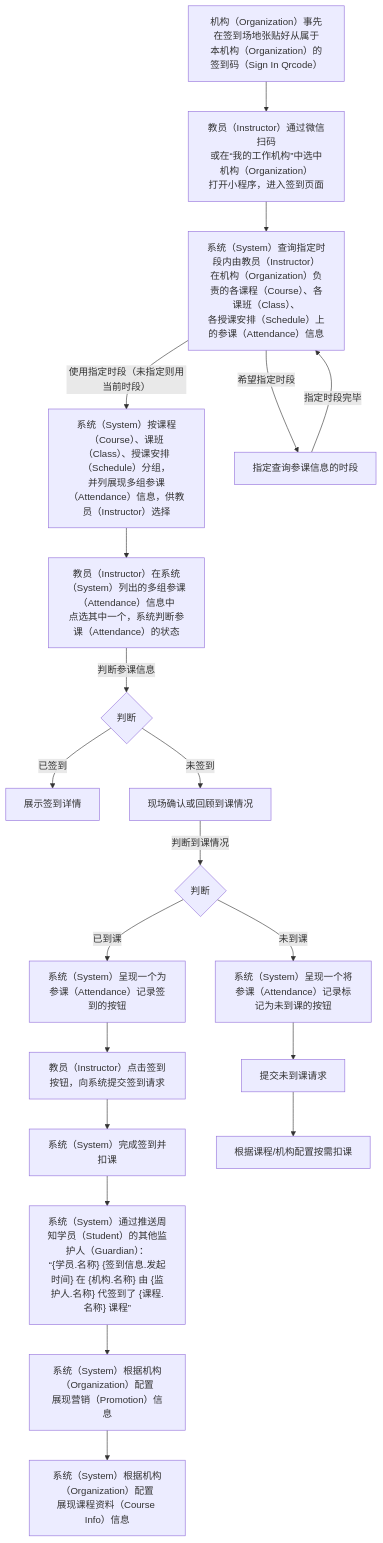
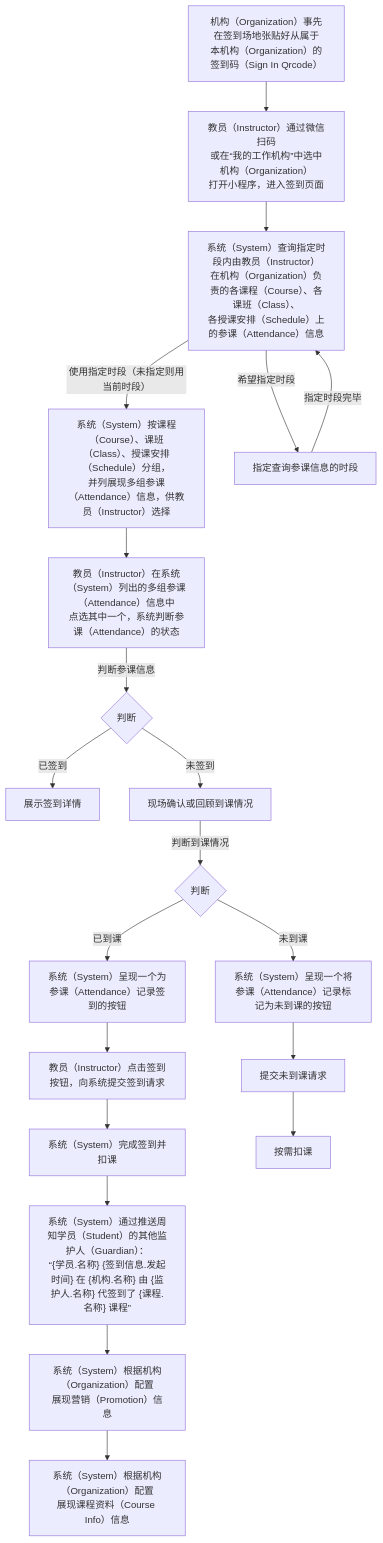
One commit to world-wide-web/sign changed the third of 3 diagrams in 用例/签到.md. Above: the diagram before and after it, drawn with Mermaid. The commit also changed other lines of this file, not shown here.

````diff
--- a/用例/签到.md
+++ b/用例/签到.md
@@ -82,53 +82,53 @@
 ```mermaid
 graph TD
 
 准备签到码-->扫描签到码
 扫描签到码-->列出负责的授课单元
 列出负责的授课单元--"使用指定时段（未指定则用当前时段）"-->展现授课单元下的参课信息
 列出负责的授课单元--希望指定时段-->指定查询参课信息的时段
 指定查询参课信息的时段--指定时段完毕-->列出负责的授课单元
 展现授课单元下的参课信息-->选择参课信息
 选择参课信息--判断参课信息-->判断参课信息
 判断参课信息--已签到-->展示签到详情
 判断参课信息--未签到-->现场确认或回顾到课情况
 现场确认或回顾到课情况--判断到课情况-->判断到课情况
 判断到课情况--已到课-->呈现签到按钮
 呈现签到按钮-->提交签到请求
 提交签到请求-->签到扣课
 签到扣课-->周知签到情况
 周知签到情况-->展示营销信息
 展示营销信息-->展示课程资料
 判断到课情况--未到课-->呈现未到课按钮
 呈现未到课按钮-->提交未到课请求
-提交未到课请求-->根据课程/机构配置按需扣课
+提交未到课请求-->按需扣课
 
 准备签到码["<center>机构（Organization）事先在签到场地张贴好从属于<br>本机构（Organization）的签到码（Sign In Qrcode）</center>"]
 
 扫描签到码["<center>教员（Instructor）通过微信扫码<br>或在“我的工作机构”中选中机构（Organization）<br>打开小程序，进入签到页面</center>"]
 
 列出负责的授课单元["<center>系统（System）查询指定时段内由教员（Instructor）<br>在机构（Organization）负责的各课程（Course）、各课班（Class）、<br>各授课安排（Schedule）上的参课（Attendance）信息"]
 
 指定查询参课信息的时段
 
 展现授课单元下的参课信息["<center>系统（System）按课程（Course）、课班（Class）、授课安排（Schedule）分组，<br>并列展现多组参课（Attendance）信息，供教员（Instructor）选择</center>"]
 
 选择参课信息["<center>教员（Instructor）在系统（System）列出的多组参课（Attendance）信息中<br>点选其中一个，系统判断参课（Attendance）的状态</center>"]
 
 判断参课信息{"<center>判断</center>"}
 
 判断到课情况{"<center>判断</center>"}
 
 呈现签到按钮["<center>系统（System）呈现一个为参课（Attendance）记录签到的按钮</center>"]
 
 提交签到请求["<center>教员（Instructor）点击签到按钮，向系统提交签到请求</center>"]
 
 签到扣课["<center>系统（System）完成签到并扣课</center>"]
 
 周知签到情况["<center>系统（System）通过推送周知学员（Student）的其他监护人（Guardian）：<br>“{学员.名称} {签到信息.发起时间} 在 {机构.名称} 由 {监护人.名称} 代签到了 {课程.名称} 课程”</center>"]
 
 展示营销信息["<center>系统（System）根据机构（Organization）配置<br>展现营销（Promotion）信息</center>"]
 
 展示课程资料["<center>系统（System）根据机构（Organization）配置<br>展现课程资料（Course Info）信息</center>"]
 
 呈现未到课按钮["<center>系统（System）呈现一个将参课（Attendance）记录标记为未到课的按钮</center>"]
 ```
````
